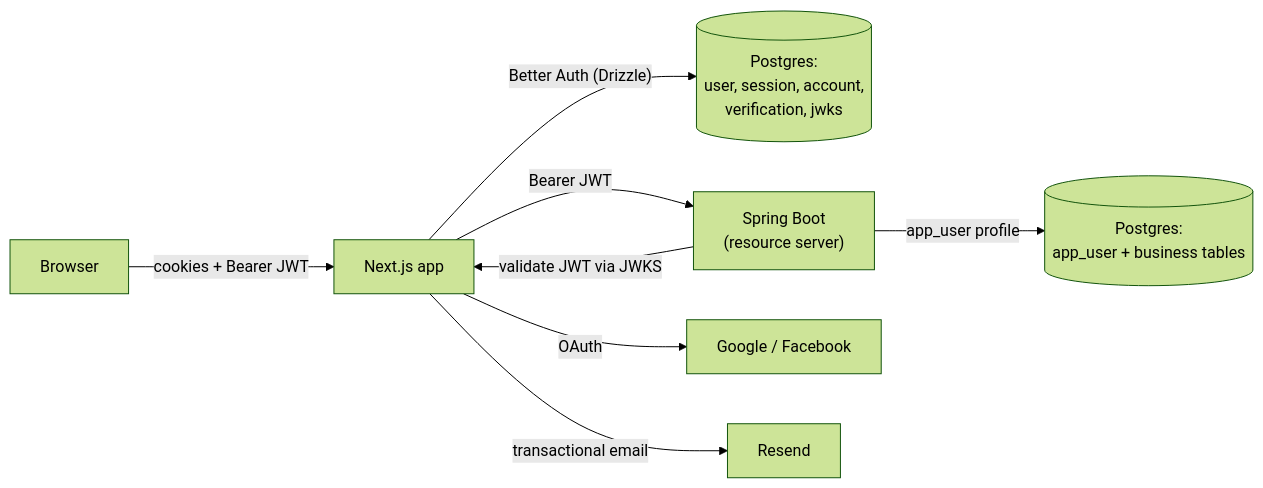
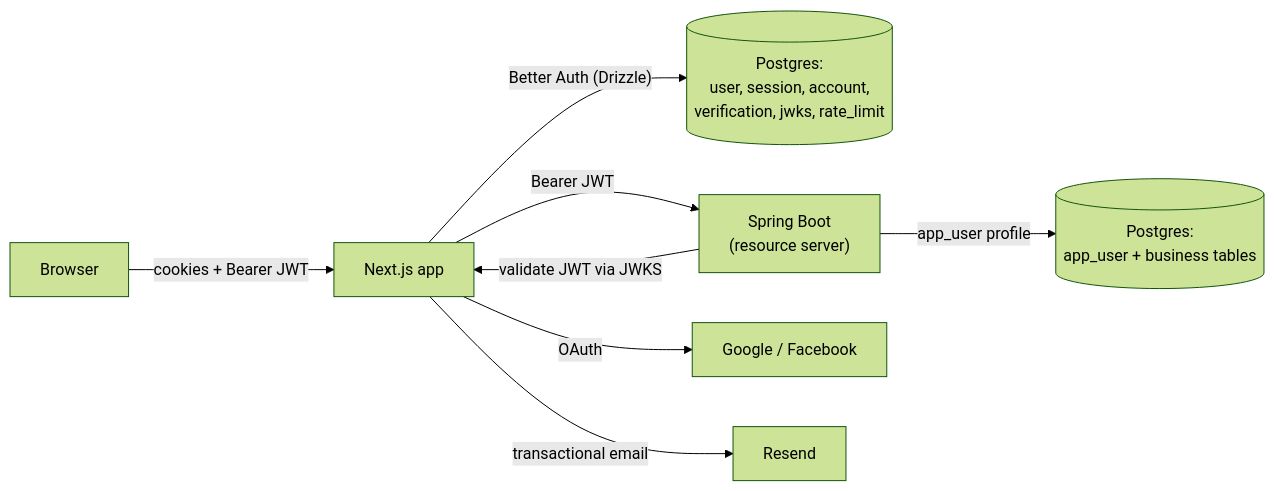
Before and after one commit to OffCrazyFreak/Disscount: the first of 4 diagrams in docs/AUTH.md, drawn with Mermaid (forest theme). The commit also changed other lines of this file and 1 other file, not shown here.

First line of the commit message:
docs: Describe the client IP rule, the rate limits and the owner steps

````diff
--- a/docs/AUTH.md
+++ b/docs/AUTH.md
@@ -16,10 +16,10 @@
 ```mermaid
 flowchart LR
     Browser["Browser"] -->|"cookies + Bearer JWT"| Next["Next.js app"]
-    Next -->|"Better Auth (Drizzle)"| AuthDB[("Postgres:<br/>user, session, account,<br/>verification, jwks")]
+    Next -->|"Better Auth (Drizzle)"| AuthDB[("Postgres:<br/>user, session, account,<br/>verification, jwks, rate_limit")]
     Next -->|"Bearer JWT"| Spring["Spring Boot<br/>(resource server)"]
     Spring -->|"validate JWT via JWKS"| Next
     Spring -->|"app_user profile"| BizDB[("Postgres:<br/>app_user + business tables")]
     Next -->|"OAuth"| Providers["Google / Facebook"]
     Next -->|"transactional email"| Resend["Resend"]
 ```
````
